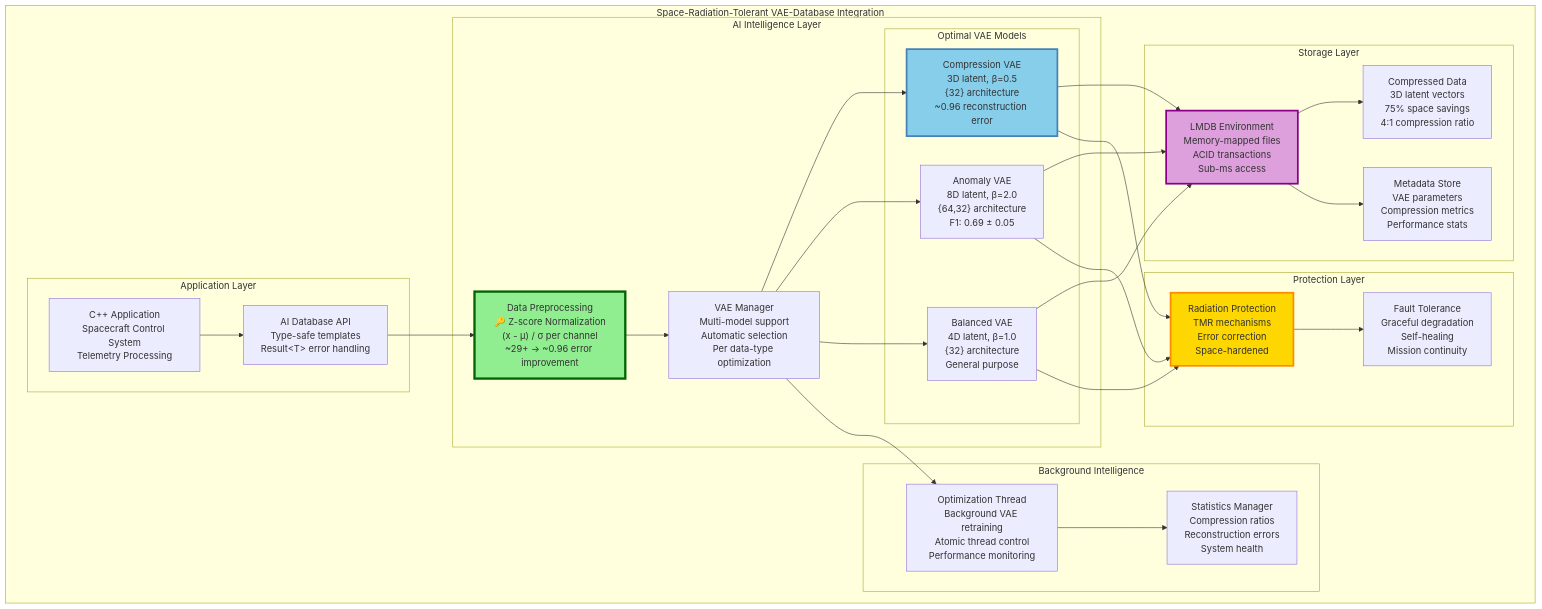
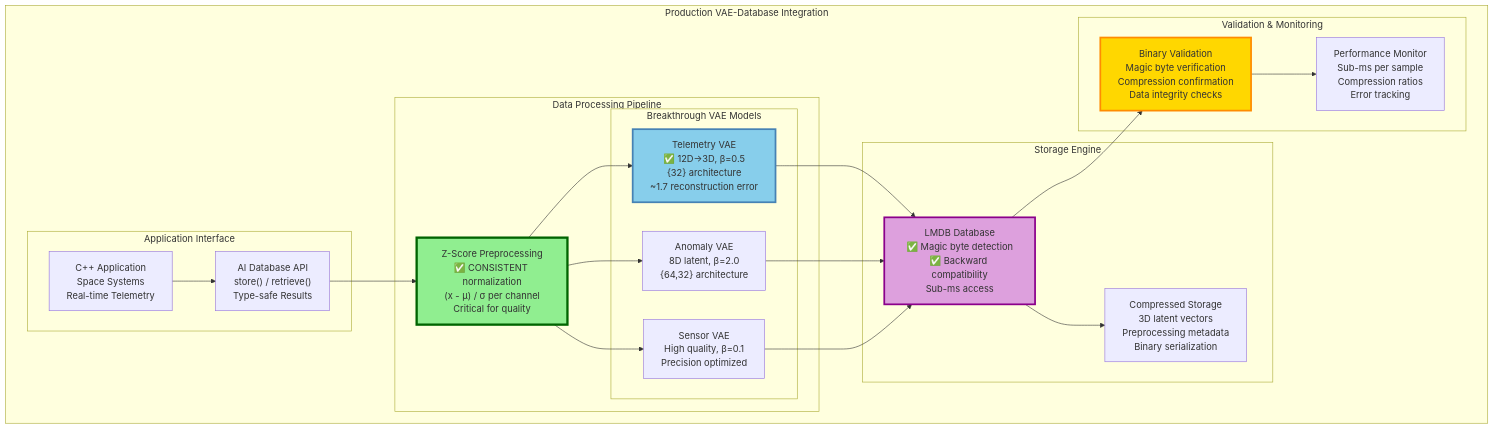
The first of 2 diagrams in FAQ/DATABASE/VAE_DATABASE_INTEGRATION_MANUAL.md (r0nlt/Space-Radiation-Tolerant), drawn with Mermaid before and after one commit. The commit also changed other lines of this file and 4 other files, not shown here.

````diff
--- a/FAQ/DATABASE/VAE_DATABASE_INTEGRATION_MANUAL.md
+++ b/FAQ/DATABASE/VAE_DATABASE_INTEGRATION_MANUAL.md
@@ -46,64 +96,48 @@
 ```mermaid
 graph TB
-    subgraph "Space-Radiation-Tolerant VAE-Database Integration"
-        subgraph "Application Layer"
-            APP["C++ Application<br/>Spacecraft Control System<br/>Telemetry Processing"]
-            API["AI Database API<br/>Type-safe templates<br/>Result&lt;T&gt; error handling"]
+    subgraph "Production VAE-Database Integration"
+        subgraph "Application Interface"
+            APP["C++ Application<br/>Space Systems<br/>Real-time Telemetry"]
+            API["AI Database API<br/>store() / retrieve()<br/>Type-safe Results"]
         end
 
-        subgraph "AI Intelligence Layer"
-            PREPROC["Data Preprocessing<br/>🔑 Z-score Normalization<br/>(x - μ) / σ per channel<br/>~29+ → ~0.96 error improvement"]
-            VAE_MGR["VAE Manager<br/>Multi-model support<br/>Automatic selection<br/>Per data-type optimization"]
+        subgraph "Data Processing Pipeline"
+            PREP["Z-Score Preprocessing<br/>✅ CONSISTENT normalization<br/>(x - μ) / σ per channel<br/>Critical for quality"]
 
-            subgraph "Optimal VAE Models"
-                COMP_VAE["Compression VAE<br/>3D latent, β=0.5<br/>{32} architecture<br/>~0.96 reconstruction error"]
-                ANOM_VAE["Anomaly VAE<br/>8D latent, β=2.0<br/>{64,32} architecture<br/>F1: 0.69 ± 0.05"]
-                BAL_VAE["Balanced VAE<br/>4D latent, β=1.0<br/>{32} architecture<br/>General purpose"]
+            subgraph "Breakthrough VAE Models"
+                TELEM_VAE["Telemetry VAE<br/>✅ 12D→3D, β=0.5<br/>{32} architecture<br/>~1.7 reconstruction error"]
+                ANOM_VAE["Anomaly VAE<br/>8D latent, β=2.0<br/>{64,32} architecture"]
+                SENSOR_VAE["Sensor VAE<br/>High quality, β=0.1<br/>Precision optimized"]
             end
         end
 
-        subgraph "Storage Layer"
-            LMDB_ENV["LMDB Environment<br/>Memory-mapped files<br/>ACID transactions<br/>Sub-ms access"]
-            COMP_DATA["Compressed Data<br/>3D latent vectors<br/>75% space savings<br/>4:1 compression ratio"]
-            META_DATA["Metadata Store<br/>VAE parameters<br/>Compression metrics<br/>Performance stats"]
+        subgraph "Storage Engine"
+            LMDB["LMDB Database<br/>✅ Magic byte detection<br/>✅ Backward compatibility<br/>Sub-ms access"]
+            COMP_STORE["Compressed Storage<br/>3D latent vectors<br/>Preprocessing metadata<br/>Binary serialization"]
         end
 
-        subgraph "Background Intelligence"
-            OPT_THREAD["Optimization Thread<br/>Background VAE retraining<br/>Atomic thread control<br/>Performance monitoring"]
-            STATS_MGR["Statistics Manager<br/>Compression ratios<br/>Reconstruction errors<br/>System health"]
-        end
-
-        subgraph "Protection Layer"
-            RAD_PROT["Radiation Protection<br/>TMR mechanisms<br/>Error correction<br/>Space-hardened"]
-            FAULT_TOL["Fault Tolerance<br/>Graceful degradation<br/>Self-healing<br/>Mission continuity"]
+        subgraph "Validation & Monitoring"
+            BINARY_VAL["Binary Validation<br/>Magic byte verification<br/>Compression confirmation<br/>Data integrity checks"]
+            PERF_MON["Performance Monitor<br/>Sub-ms per sample<br/>Compression ratios<br/>Error tracking"]
         end
     end
 
     APP --> API
-    API --> PREPROC
-    PREPROC --> VAE_MGR
+    API --> PREP
+    PREP --> TELEM_VAE
+    PREP --> ANOM_VAE
+    PREP --> SENSOR_VAE
 
-    VAE_MGR --> COMP_VAE
-    VAE_MGR --> ANOM_VAE
-    VAE_MGR --> BAL_VAE
+    TELEM_VAE --> LMDB
+    ANOM_VAE --> LMDB
+    SENSOR_VAE --> LMDB
 
-    COMP_VAE --> LMDB_ENV
-    ANOM_VAE --> LMDB_ENV
-    BAL_VAE --> LMDB_ENV
+    LMDB --> COMP_STORE
+    LMDB --> BINARY_VAL
+    BINARY_VAL --> PERF_MON
 
-    LMDB_ENV --> COMP_DATA
-    LMDB_ENV --> META_DATA
-
-    VAE_MGR --> OPT_THREAD
-    OPT_THREAD --> STATS_MGR
-
-    COMP_VAE --> RAD_PROT
-    ANOM_VAE --> RAD_PROT
-    BAL_VAE --> RAD_PROT
-    RAD_PROT --> FAULT_TOL
-
-    style PREPROC fill:#90EE90,stroke:#006400,stroke-width:4px
-    style COMP_VAE fill:#87CEEB,stroke:#4682B4,stroke-width:3px
-    style LMDB_ENV fill:#DDA0DD,stroke:#8B008B,stroke-width:3px
-    style RAD_PROT fill:#FFD700,stroke:#FF8C00,stroke-width:3px
+    style PREP fill:#90EE90,stroke:#006400,stroke-width:4px
+    style TELEM_VAE fill:#87CEEB,stroke:#4682B4,stroke-width:3px
+    style LMDB fill:#DDA0DD,stroke:#8B008B,stroke-width:3px
+    style BINARY_VAL fill:#FFD700,stroke:#FF8C00,stroke-width:3px
 ```
````
